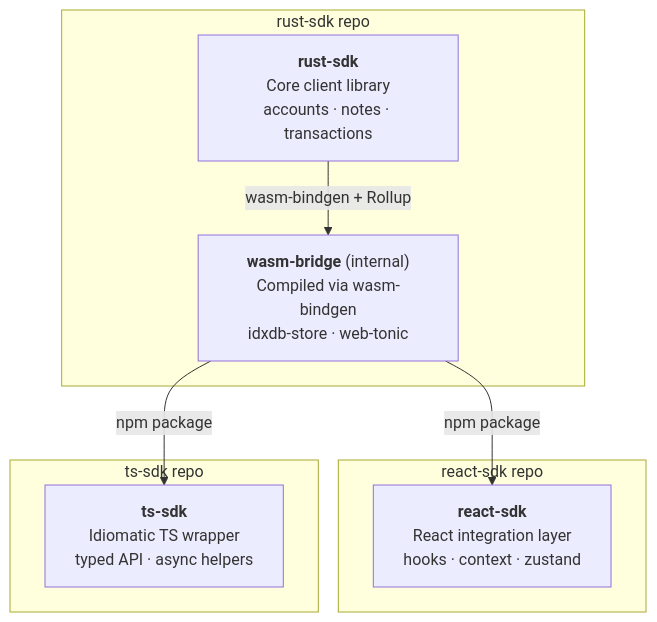
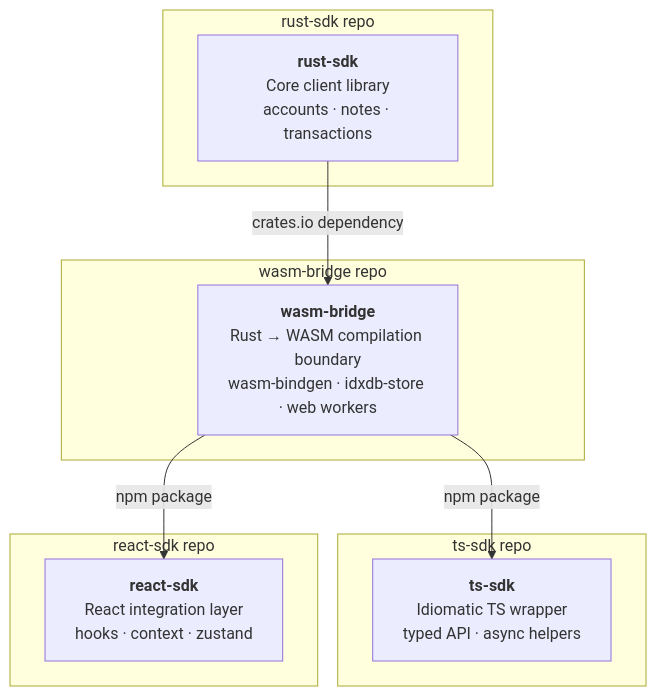
The diagram in README.md (0xMiden/miden-client), drawn with Mermaid before and after one commit. The commit also changed other lines of this file, not shown here.

Commit message:
docs: move wasm-bridge to its own repo in architecture

````diff
--- a/README.md
+++ b/README.md
@@ -19,19 +19,22 @@
 ```mermaid
 graph TB
     subgraph rust-sdk-repo["rust-sdk repo"]
         rust-sdk["<b>rust-sdk</b><br/>Core client library<br/>accounts · notes · transactions"]
-        wasm-bridge["<b>wasm-bridge</b> (internal)<br/>Compiled via wasm-bindgen<br/>idxdb-store · web-tonic"]
-        rust-sdk -- "wasm-bindgen + Rollup" --> wasm-bridge
+    end
+
+    subgraph wasm-bridge-repo["wasm-bridge repo"]
+        wasm-bridge["<b>wasm-bridge</b><br/>Rust → WASM compilation boundary<br/>wasm-bindgen · idxdb-store · web workers"]
+    end
+
+    subgraph ts-sdk-repo["ts-sdk repo"]
+        ts-sdk["<b>ts-sdk</b><br/>Idiomatic TS wrapper<br/>typed API · async helpers"]
     end
 
     subgraph react-sdk-repo["react-sdk repo"]
         react-sdk["<b>react-sdk</b><br/>React integration layer<br/>hooks · context · zustand"]
     end
 
-    subgraph ts-sdk-repo["ts-sdk repo"]
-        ts-sdk["<b>ts-sdk</b><br/>Idiomatic TS wrapper<br/>typed API · async helpers"]
-    end
-
+    rust-sdk -- "crates.io dependency" --> wasm-bridge
+    wasm-bridge -- "npm package" --> ts-sdk
     wasm-bridge -- "npm package" --> react-sdk
-    wasm-bridge -- "npm package" --> ts-sdk
 ```
````
